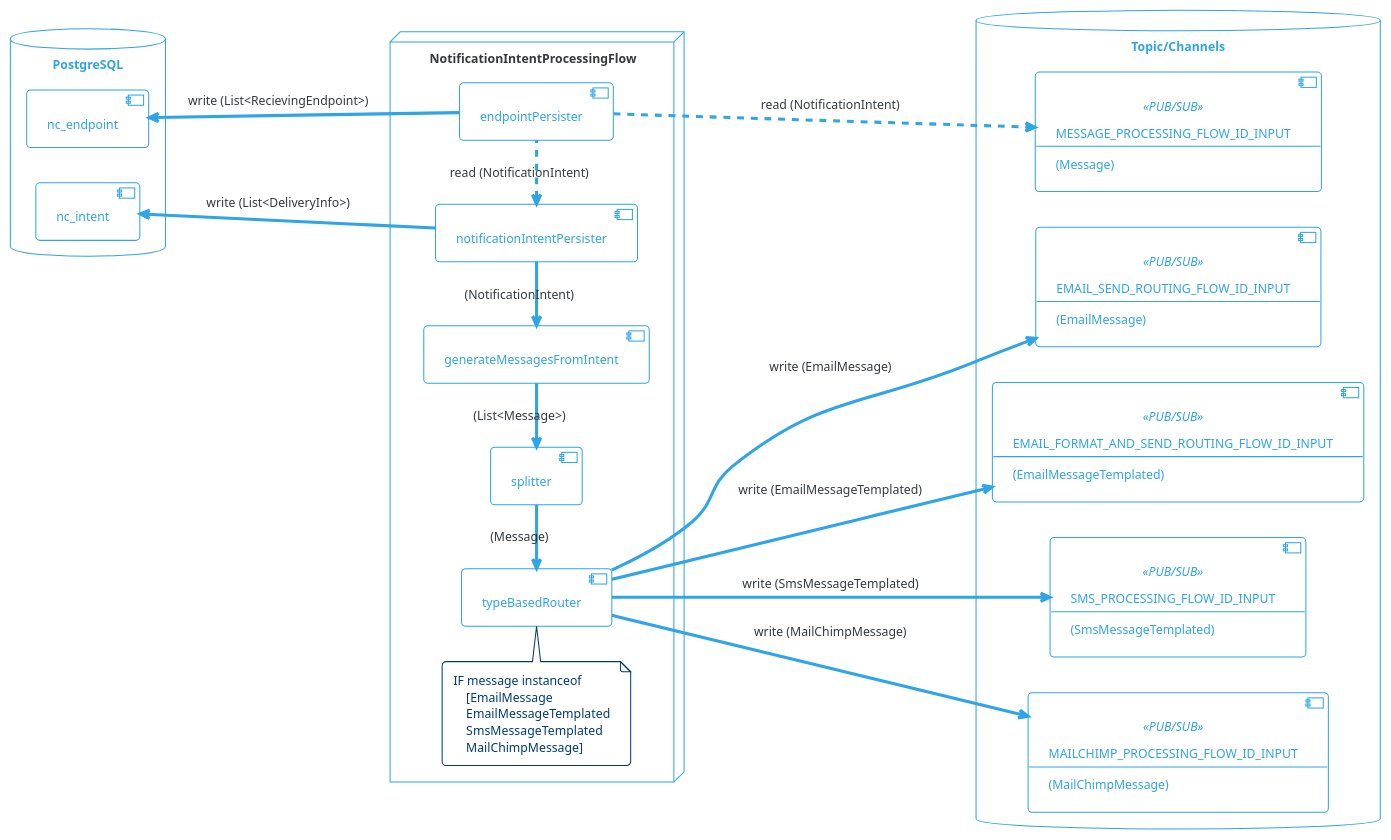
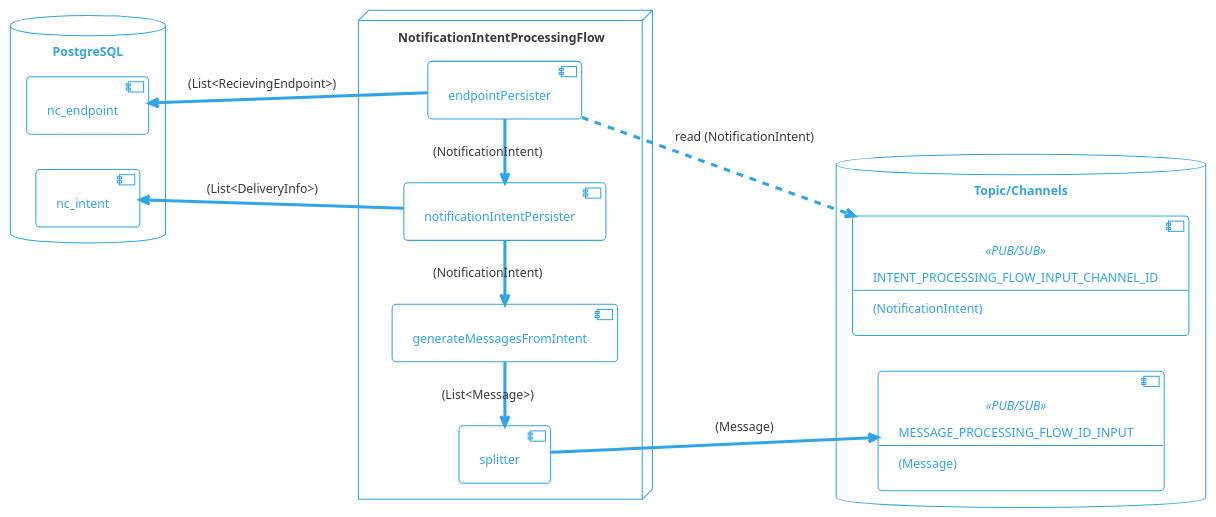
Before and after one commit to com-obj/notiflow: the diagram in diagrams/intent-processing-flow.puml, drawn with PlantUML. The commit also changed 7 other files, not shown here.

Commit message:
update diagrams, fix mailchimp endpoint type, refactor intent processing

```diff
--- a/diagrams/intent-processing-flow.puml
+++ b/diagrams/intent-processing-flow.puml
@@ -1,81 +1,53 @@
 @startuml
 
 !theme cerulean-outline
 
 left to right direction
 
 skinparam component {
     backgroundColor<<user defined>> LightGray
 }
 
 database "PostgreSQL" {
     [nc_intent]
     [nc_endpoint]
 }
 
 database "Topic/Channels" {
     component INTENT_PROCESSING_FLOW_ID_INPUT<<PUB/SUB>>[
+        INTENT_PROCESSING_FLOW_INPUT_CHANNEL_ID
+        --
+        (NotificationIntent)
+    ]
+
+    component MESSAGE_PROCESSING_INPUT<<PUB/SUB>>[
         MESSAGE_PROCESSING_FLOW_ID_INPUT
         --
         (Message)
     ]
 
-    component EMAIL_SEND_ROUTING_FLOW_ID_INPUT<<PUB/SUB>>[
-        EMAIL_SEND_ROUTING_FLOW_ID_INPUT
-        --
-        (EmailMessage)   
-    ]
-
-    component EMAIL_FORMAT_AND_SEND_ROUTING_FLOW_ID_INPUT<<PUB/SUB>>[
-        EMAIL_FORMAT_AND_SEND_ROUTING_FLOW_ID_INPUT
-        --
-        (EmailMessageTemplated)
-    ]
-
-    component SMS_PROCESSING_FLOW_ID_INPUT<<PUB/SUB>>[
-        SMS_PROCESSING_FLOW_ID_INPUT
-        --
-        (SmsMessageTemplated)
-    ]
-
-    component MAILCHIMP_PROCESSING_FLOW_ID_INPUT<<PUB/SUB>>[
-        MAILCHIMP_PROCESSING_FLOW_ID_INPUT
-        --
-        (MailChimpMessage)
-    ]
 }
 
 node "NotificationIntentProcessingFlow" {
     [endpointPersister]
     [notificationIntentPersister]
     [splitter]
 
     [generateMessagesFromIntent]
-    [typeBasedRouter]
 
-    endpointPersister .l.> notificationIntentPersister: read (NotificationIntent)
+
+    endpointPersister -l-> notificationIntentPersister: (NotificationIntent)
     notificationIntentPersister -l-> generateMessagesFromIntent: (NotificationIntent)
     generateMessagesFromIntent -l-> splitter: (List<Message>)
-    splitter -l-> typeBasedRouter: (Message)
-
-    note top of typeBasedRouter 
-    IF message instanceof  
-        [EmailMessage
-        EmailMessageTemplated
-        SmsMessageTemplated
-        MailChimpMessage]
-    end note  
 
     endpointPersister ..> INTENT_PROCESSING_FLOW_ID_INPUT : read (NotificationIntent) 
-    typeBasedRouter ---> EMAIL_SEND_ROUTING_FLOW_ID_INPUT: write (EmailMessage)
-    typeBasedRouter ---> EMAIL_FORMAT_AND_SEND_ROUTING_FLOW_ID_INPUT: write (EmailMessageTemplated)
-    typeBasedRouter ---> SMS_PROCESSING_FLOW_ID_INPUT: write (SmsMessageTemplated)
-    typeBasedRouter ---> MAILCHIMP_PROCESSING_FLOW_ID_INPUT: write (MailChimpMessage)
+    splitter --> MESSAGE_PROCESSING_INPUT: (Message)
 
-    notificationIntentPersister -u-> nc_intent: write (List<DeliveryInfo>)
-    endpointPersister -u-> nc_endpoint: write (List<RecievingEndpoint>)
+   
+    notificationIntentPersister -u-> nc_intent: (List<DeliveryInfo>)
+    endpointPersister -u-> nc_endpoint: (List<RecievingEndpoint>)
 
 }
 
 
 @enduml
```
